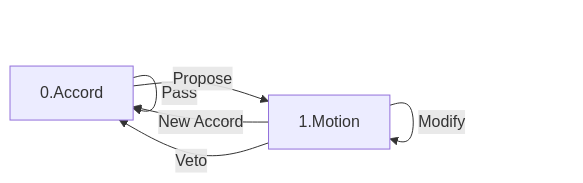
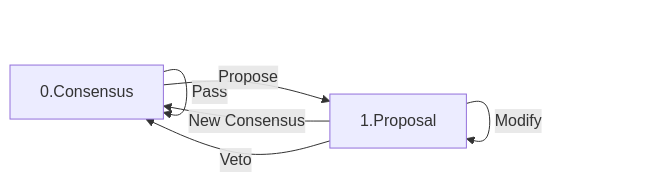
One commit to statechannels/statechannels changed the diagram in packages/fmg-nitro-adjudicator/contracts/readme.md. Above: the diagram before and after it, drawn with Mermaid. The commit also changed other lines of this file and 3 other files, not shown here.

````diff
--- a/packages/fmg-nitro-adjudicator/contracts/readme.md
+++ b/packages/fmg-nitro-adjudicator/contracts/readme.md
@@ -42,11 +42,11 @@
 ```mermaid
 graph LR
 linkStyle default interpolate basis
-0.Accord -->|Pass| 0.Accord
-0.Accord -->|Propose| 1.Motion
-1.Motion -->|Add a vote| 1.Motion
-1.Motion -->|Modify| 1.Motion
-1.Motion -->|New Accord| 0.Accord
-1.Motion -->|Veto| 0.Accord
+0.Consensus -->|Pass| 0.Consensus
+0.Consensus -->|Propose| 1.Proposal
+1.Proposal -->|Add a vote| 1.Proposal
+1.Proposal -->|Modify| 1.Proposal
+1.Proposal -->|New Consensus| 0.Consensus
+1.Proposal -->|Veto| 0.Consensus
 
 ```
````
